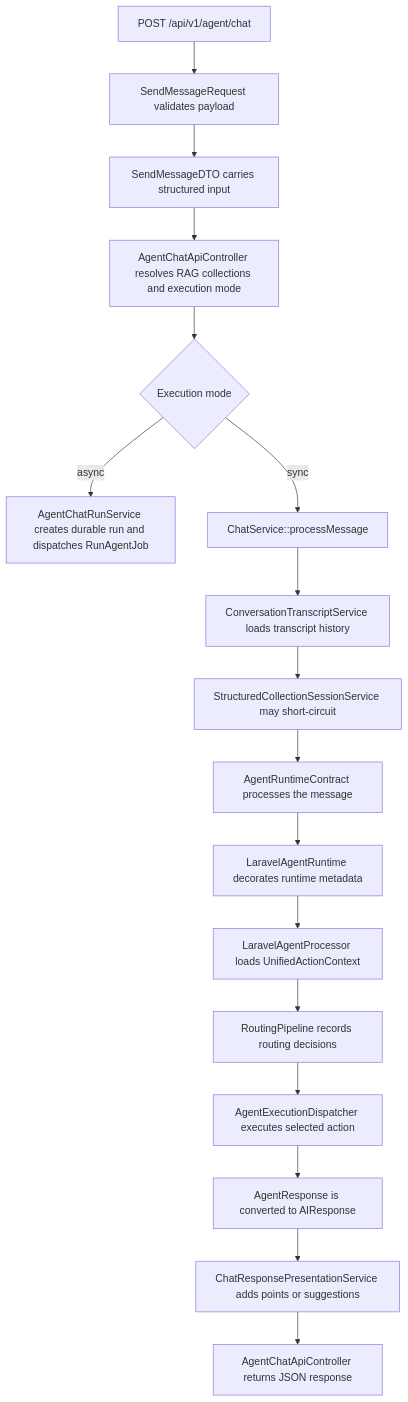
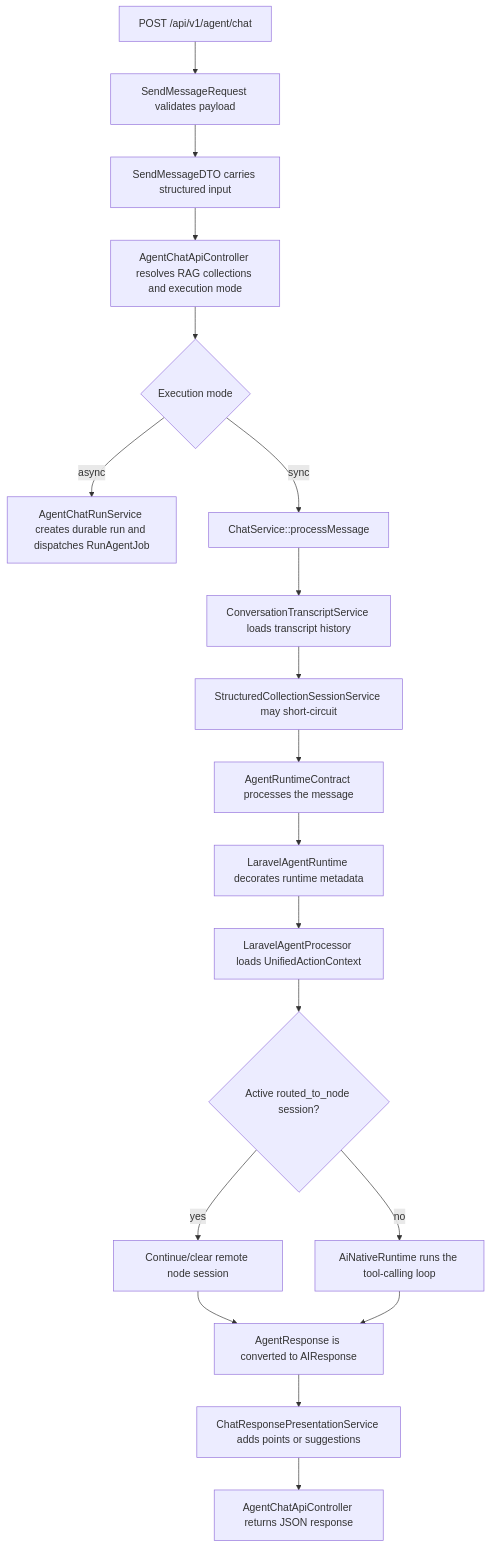
Before and after one commit to mabou7agar/laravel-ai-support: the first of 3 diagrams in docs/chat-flow.mdx, drawn with Mermaid. The commit also changed other lines of this file and 11 other files, not shown here.

````diff
--- a/docs/chat-flow.mdx
+++ b/docs/chat-flow.mdx
@@ -9,19 +11,21 @@
 ```mermaid
 flowchart TD
   A["POST /api/v1/agent/chat"] --> B["SendMessageRequest validates payload"]
   B --> C["SendMessageDTO carries structured input"]
   C --> D["AgentChatApiController resolves RAG collections and execution mode"]
   D --> E{"Execution mode"}
   E -->|"async"| F["AgentChatRunService creates durable run and dispatches RunAgentJob"]
   E -->|"sync"| G["ChatService::processMessage"]
   G --> H["ConversationTranscriptService loads transcript history"]
   H --> I["StructuredCollectionSessionService may short-circuit"]
   I --> J["AgentRuntimeContract processes the message"]
   J --> K["LaravelAgentRuntime decorates runtime metadata"]
   K --> L["LaravelAgentProcessor loads UnifiedActionContext"]
-  L --> M["RoutingPipeline records routing decisions"]
-  M --> N["AgentExecutionDispatcher executes selected action"]
-  N --> O["AgentResponse is converted to AIResponse"]
+  L --> M{"Active routed_to_node session?"}
+  M -->|"yes"| N1["Continue/clear remote node session"]
+  M -->|"no"| N2["AiNativeRuntime runs the tool-calling loop"]
+  N1 --> O["AgentResponse is converted to AIResponse"]
+  N2 --> O["AgentResponse is converted to AIResponse"]
   O --> P["ChatResponsePresentationService adds points or suggestions"]
   P --> Q["AgentChatApiController returns JSON response"]
 ```
````
